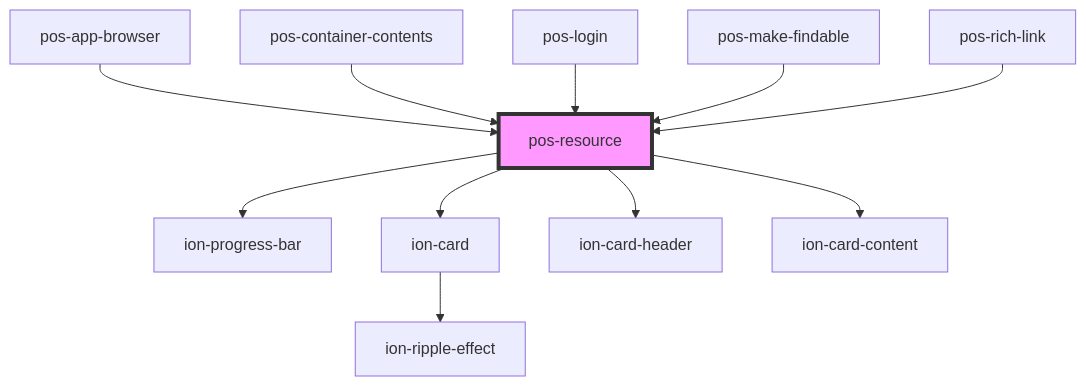
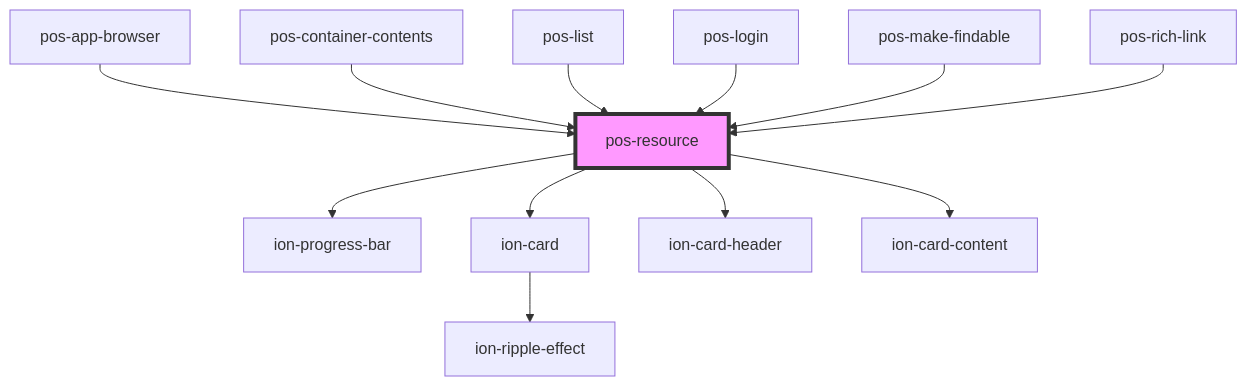
The diagram in docs/elements/components/pos-resource/readme.md (pod-os/PodOS), drawn with Mermaid before and after one commit. The commit also changed other lines of this file and 5 other files, not shown here.

Commit message:
refactor: pos-list uses pos-resource instead of providing resources itself

````diff
--- a/docs/elements/components/pos-resource/readme.md
+++ b/docs/elements/components/pos-resource/readme.md
@@ -55,14 +56,15 @@
 ```mermaid
 graph TD;
   pos-resource --> ion-progress-bar
   pos-resource --> ion-card
   pos-resource --> ion-card-header
   pos-resource --> ion-card-content
   ion-card --> ion-ripple-effect
   pos-app-browser --> pos-resource
   pos-container-contents --> pos-resource
+  pos-list --> pos-resource
   pos-login --> pos-resource
   pos-make-findable --> pos-resource
   pos-rich-link --> pos-resource
   style pos-resource fill:#f9f,stroke:#333,stroke-width:4px
 ```
````
